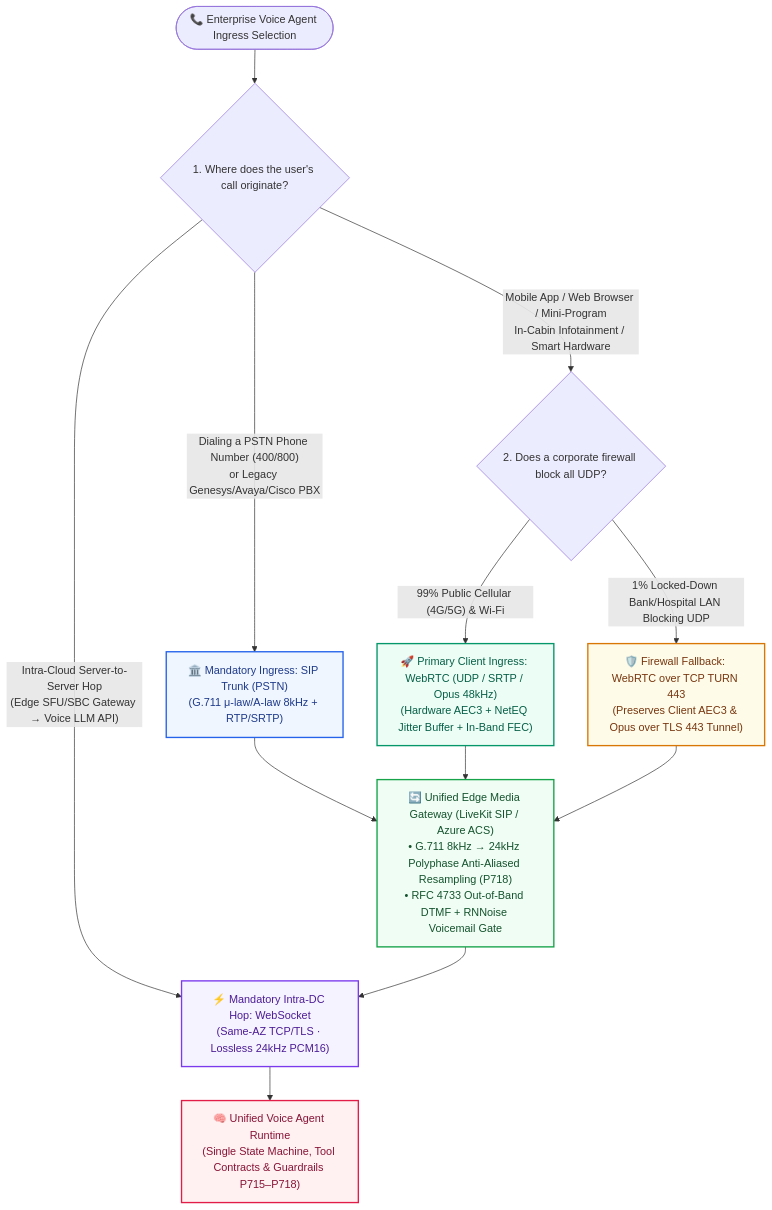
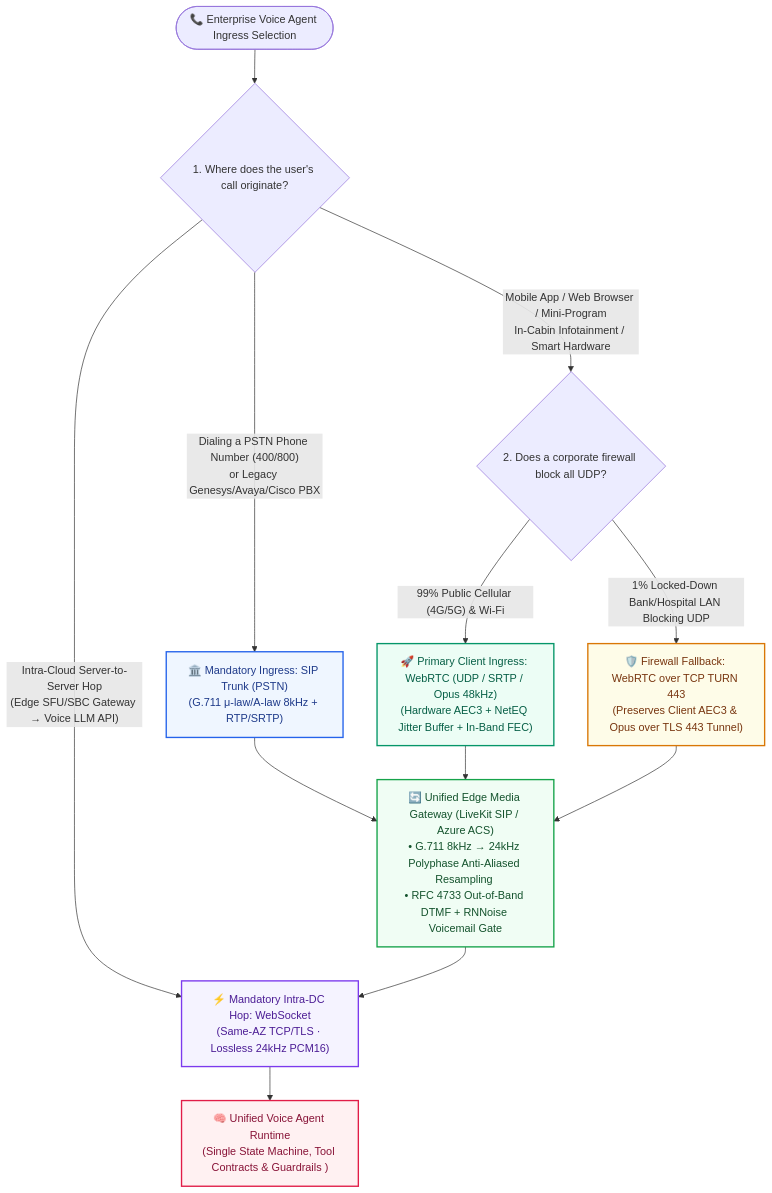
Before and after one commit to turbo998/voice-agent-lab: the first of 3 diagrams in docs/webrtc-vs-websocket-vs-sip-ingress-selection-faq.en.md, drawn with Mermaid. The commit also changed other lines of this file and 715 other files, not shown here.

First line of the commit message:
chore: curate Enterprise Voice AI SA deliverables and purge non-SA RFC/industrial bloat

````diff
--- a/docs/webrtc-vs-websocket-vs-sip-ingress-selection-faq.en.md
+++ b/docs/webrtc-vs-websocket-vs-sip-ingress-selection-faq.en.md
@@ -102,25 +102,25 @@
 ```mermaid
 flowchart TD
-    Start(["📞 Enterprise Voice Agent Ingress Selection"]) --> Q1{"1. Where does the user's call originate?"}
+ Start(["📞 Enterprise Voice Agent Ingress Selection"]) --> Q1{"1. Where does the user's call originate?"}
 
-    Q1 -->|"Dialing a PSTN Phone Number (400/800)<br/>or Legacy Genesys/Avaya/Cisco PBX"| SIP["🏛️ Mandatory Ingress: SIP Trunk (PSTN)<br/>(G.711 μ-law/A-law 8kHz + RTP/SRTP)"]
-    Q1 -->|"Mobile App / Web Browser / Mini-Program<br/>In-Cabin Infotainment / Smart Hardware"| Q2{"2. Does a corporate firewall block all UDP?"}
-    Q1 -->|"Intra-Cloud Server-to-Server Hop<br/>(Edge SFU/SBC Gateway → Voice LLM API)"| WS_DC["⚡ Mandatory Intra-DC Hop: WebSocket<br/>(Same-AZ TCP/TLS · Lossless 24kHz PCM16)"]
+ Q1 -->|"Dialing a PSTN Phone Number (400/800)<br/>or Legacy Genesys/Avaya/Cisco PBX"| SIP["🏛️ Mandatory Ingress: SIP Trunk (PSTN)<br/>(G.711 μ-law/A-law 8kHz + RTP/SRTP)"]
+ Q1 -->|"Mobile App / Web Browser / Mini-Program<br/>In-Cabin Infotainment / Smart Hardware"| Q2{"2. Does a corporate firewall block all UDP?"}
+ Q1 -->|"Intra-Cloud Server-to-Server Hop<br/>(Edge SFU/SBC Gateway → Voice LLM API)"| WS_DC["⚡ Mandatory Intra-DC Hop: WebSocket<br/>(Same-AZ TCP/TLS · Lossless 24kHz PCM16)"]
 
-    Q2 -->|"99% Public Cellular (4G/5G) & Wi-Fi"| WebRTC_UDP["🚀 Primary Client Ingress: WebRTC (UDP / SRTP / Opus 48kHz)<br/>(Hardware AEC3 + NetEQ Jitter Buffer + In-Band FEC)"]
-    Q2 -->|"1% Locked-Down Bank/Hospital LAN Blocking UDP"| WebRTC_TURN["🛡️ Firewall Fallback: WebRTC over TCP TURN 443<br/>(Preserves Client AEC3 & Opus over TLS 443 Tunnel)"]
+ Q2 -->|"99% Public Cellular (4G/5G) & Wi-Fi"| WebRTC_UDP["🚀 Primary Client Ingress: WebRTC (UDP / SRTP / Opus 48kHz)<br/>(Hardware AEC3 + NetEQ Jitter Buffer + In-Band FEC)"]
+ Q2 -->|"1% Locked-Down Bank/Hospital LAN Blocking UDP"| WebRTC_TURN["🛡️ Firewall Fallback: WebRTC over TCP TURN 443<br/>(Preserves Client AEC3 & Opus over TLS 443 Tunnel)"]
 
-    SIP --> Gateway["🔄 Unified Edge Media Gateway (LiveKit SIP / Azure ACS)<br/>• G.711 8kHz → 24kHz Polyphase Anti-Aliased Resampling (P718)<br/>• RFC 4733 Out-of-Band DTMF + RNNoise Voicemail Gate"]
-    WebRTC_UDP --> Gateway
-    WebRTC_TURN --> Gateway
+ SIP --> Gateway["🔄 Unified Edge Media Gateway (LiveKit SIP / Azure ACS)<br/>• G.711 8kHz → 24kHz Polyphase Anti-Aliased Resampling <br/>• RFC 4733 Out-of-Band DTMF + RNNoise Voicemail Gate"]
+ WebRTC_UDP --> Gateway
+ WebRTC_TURN --> Gateway
 
-    Gateway --> WS_DC
-    WS_DC --> Runtime["🧠 Unified Voice Agent Runtime<br/>(Single State Machine, Tool Contracts & Guardrails P715–P718)"]
+ Gateway --> WS_DC
+ WS_DC --> Runtime["🧠 Unified Voice Agent Runtime<br/>(Single State Machine, Tool Contracts & Guardrails )"]
 
-    style SIP fill:#eff6ff,stroke:#2563eb,stroke-width:2px,color:#1e3a8a
-    style WebRTC_UDP fill:#ecfdf5,stroke:#059669,stroke-width:2px,color:#065f46
-    style WebRTC_TURN fill:#fefce8,stroke:#d97706,stroke-width:2px,color:#78350f
-    style WS_DC fill:#f5f3ff,stroke:#7c3aed,stroke-width:2px,color:#4c1d95
-    style Gateway fill:#f0fdf4,stroke:#16a34a,stroke-width:2px,color:#14532d
-    style Runtime fill:#fff1f2,stroke:#e11d48,stroke-width:2px,color:#881337
+ style SIP fill:#eff6ff,stroke:#2563eb,stroke-width:2px,color:#1e3a8a
+ style WebRTC_UDP fill:#ecfdf5,stroke:#059669,stroke-width:2px,color:#065f46
+ style WebRTC_TURN fill:#fefce8,stroke:#d97706,stroke-width:2px,color:#78350f
+ style WS_DC fill:#f5f3ff,stroke:#7c3aed,stroke-width:2px,color:#4c1d95
+ style Gateway fill:#f0fdf4,stroke:#16a34a,stroke-width:2px,color:#14532d
+ style Runtime fill:#fff1f2,stroke:#e11d48,stroke-width:2px,color:#881337
 ```
````
